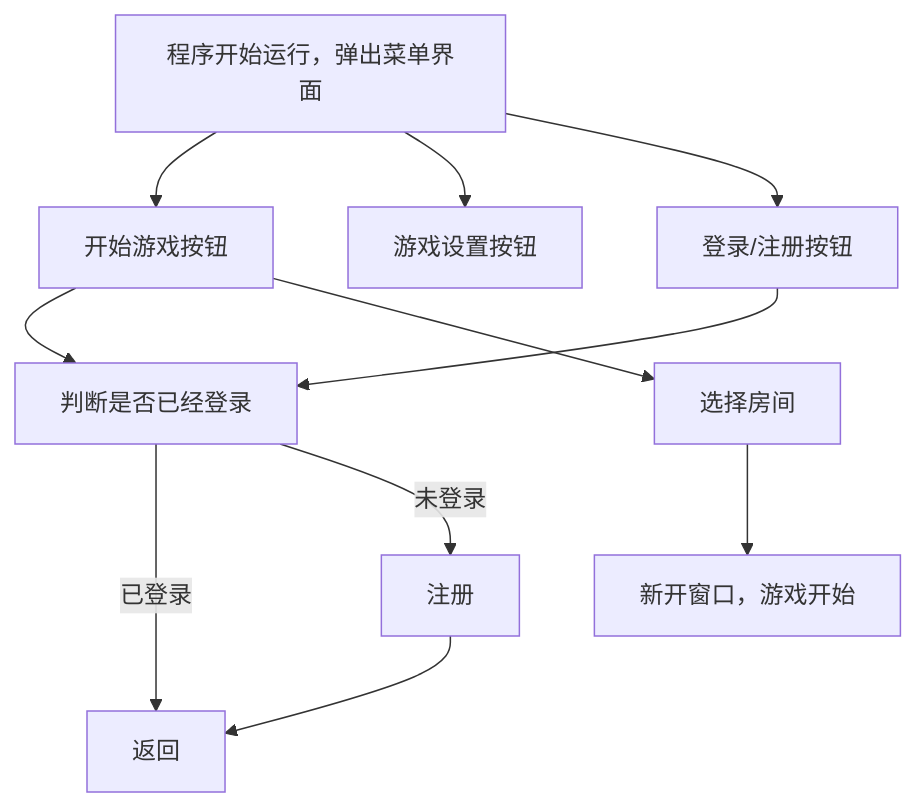
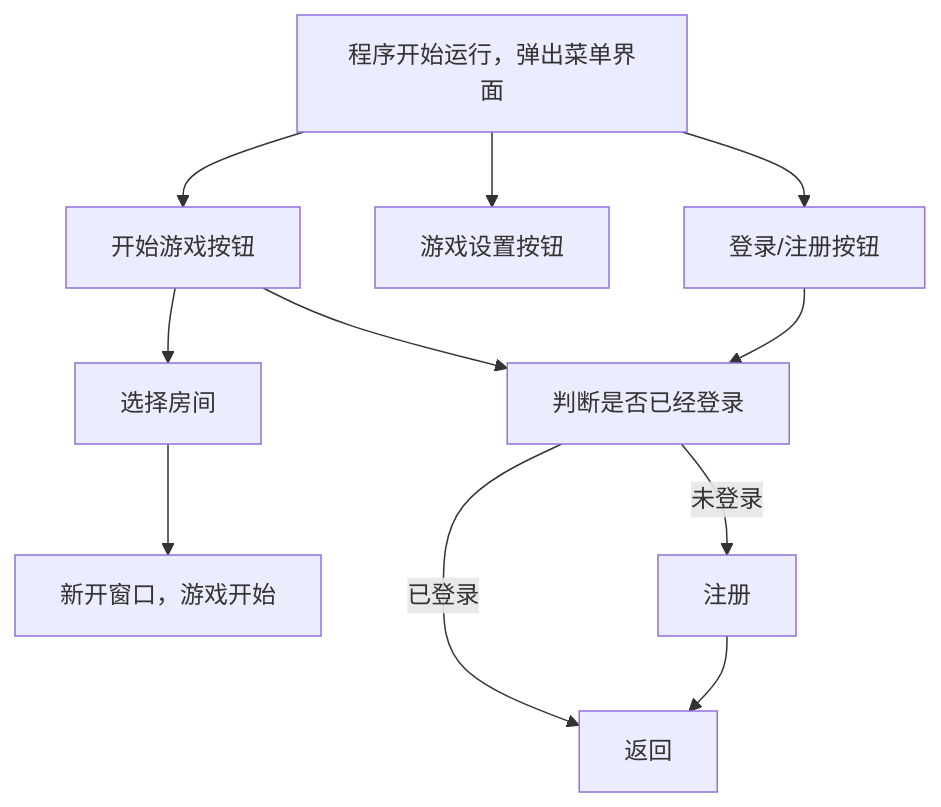
One commit to Simpidbit/tbtennis changed the second of 2 diagrams in README.md. Above: the diagram before and after it, drawn with Mermaid.

Commit message:
更新程序逻辑

````diff
--- a/README.md
+++ b/README.md
@@ -72,25 +72,27 @@
 ```mermaid
 flowchart TD;
 
 step1["程序开始运行，弹出菜单界面"];
 
     step2_game["开始游戏按钮"];
     step2_settings["游戏设置按钮"];
     step2_log["登录/注册按钮"];
 
         step3_islogin["判断是否已经登录"];
         	step4_register["注册"];
     	step3_game["选择房间"];
     		step4_game["新开窗口，游戏开始"];
 
+step2_game-->step3_game-->step4_game;
 
 step1-->step2_game-->step3_islogin;
 step1-->step2_settings;
 step1-->step2_log-->step3_islogin;
 
 
+
 step3_islogin--"已登录"-->返回;
 step3_islogin--"未登录"-->step4_register-->返回;
 
-step2_game-->step3_game-->step4_game;
+
 ```
````
